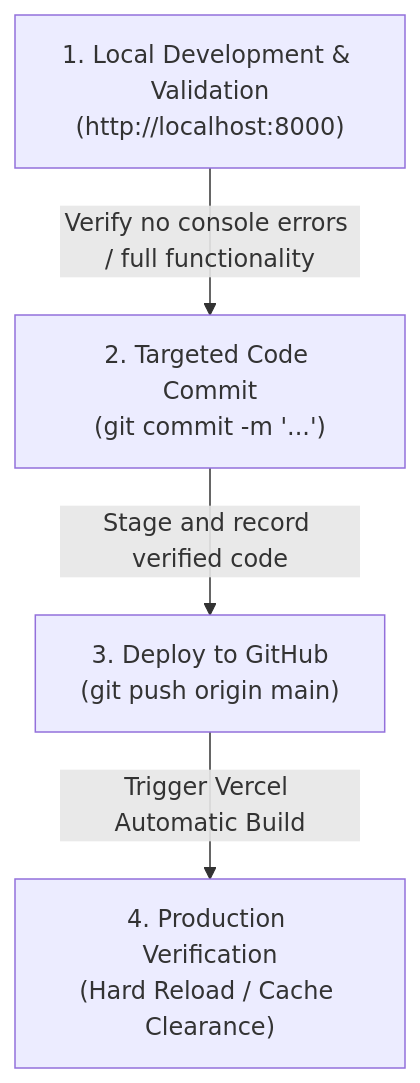
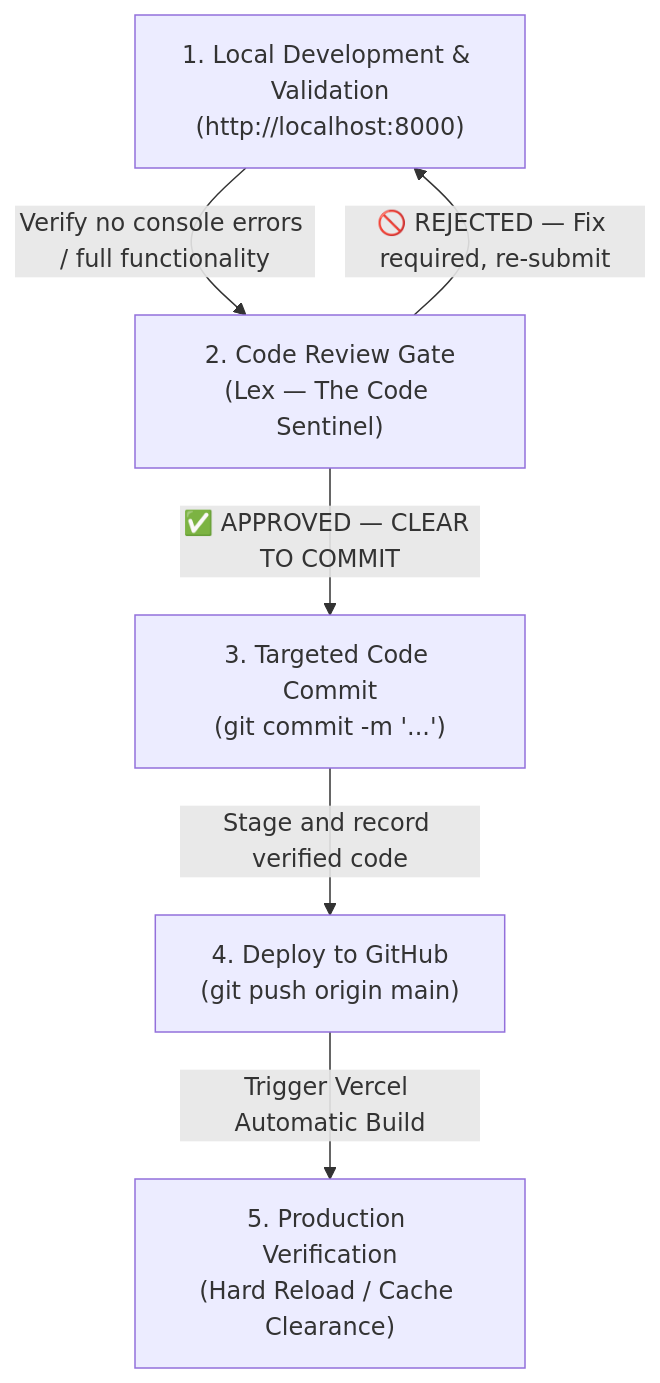
The diagram in Genie/team_members/SOP_Web_Development.md (pop-chalermchai/Genie-Investment-by-Gemini), drawn with Mermaid before and after one commit. The commit also changed other lines of this file and 8 other files, not shown here.

````diff
--- a/Genie/team_members/SOP_Web_Development.md
+++ b/Genie/team_members/SOP_Web_Development.md
@@ -14,6 +14,8 @@
 ```mermaid
 graph TD
-    A["1. Local Development & Validation<br>(http://localhost:8000)"] -->|Verify no console errors / full functionality| B["2. Targeted Code Commit<br>(git commit -m '...')"]
-    B -->|Stage and record verified code| C["3. Deploy to GitHub<br>(git push origin main)"]
-    C -->|Trigger Vercel Automatic Build| D["4. Production Verification<br>(Hard Reload / Cache Clearance)"]
+    A["1. Local Development & Validation<br>(http://localhost:8000)"] -->|Verify no console errors / full functionality| B["2. Code Review Gate<br>(Lex — The Code Sentinel)"]
+    B -->|✅ APPROVED — CLEAR TO COMMIT| C["3. Targeted Code Commit<br>(git commit -m '...')"]
+    B -->|🚫 REJECTED — Fix required, re-submit| A
+    C -->|Stage and record verified code| D["4. Deploy to GitHub<br>(git push origin main)"]
+    D -->|Trigger Vercel Automatic Build| E["5. Production Verification<br>(Hard Reload / Cache Clearance)"]
 ```
````
